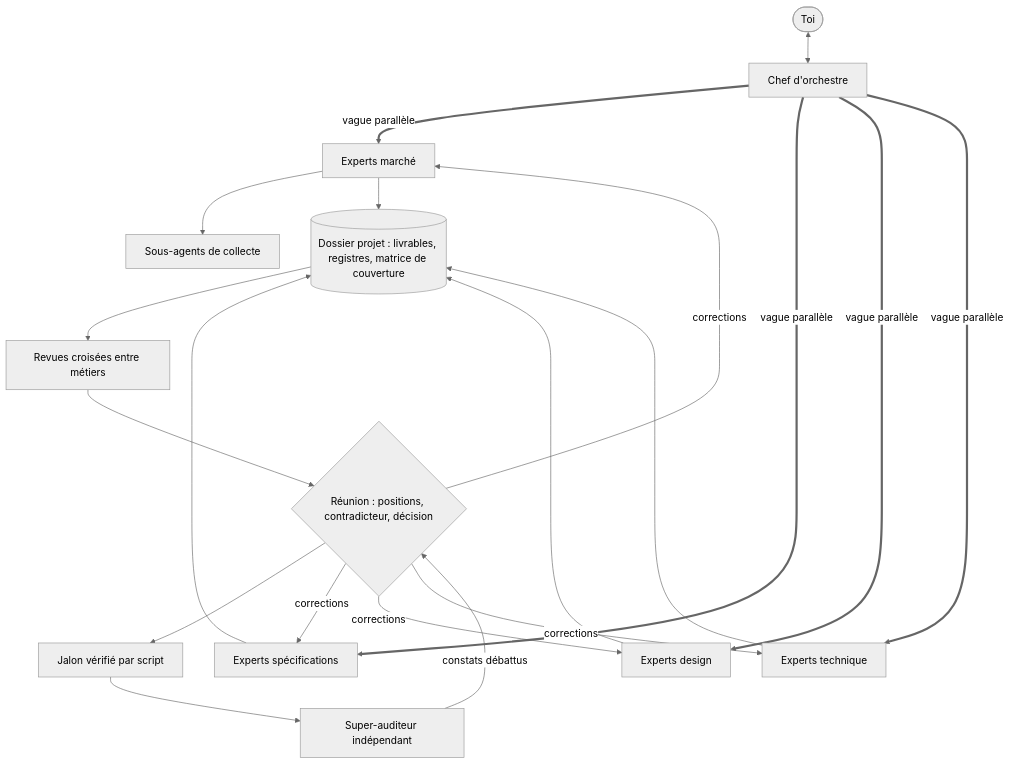
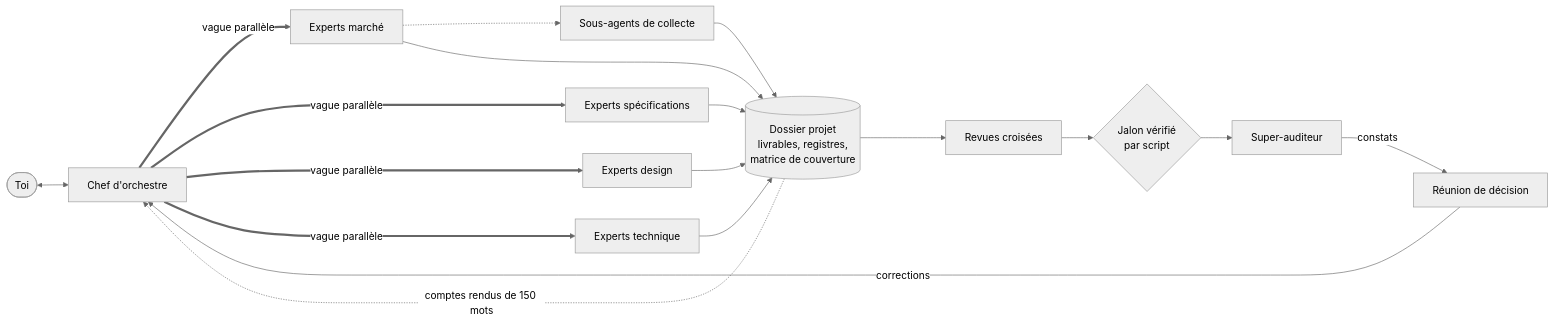
One commit to aksilsmd/cortex changed the diagram in README.md. Above: the diagram before and after it, drawn with Mermaid (neutral theme). The commit also changed other lines of this file and 31 other files, not shown here.

````diff
--- a/README.md
+++ b/README.md
@@ -104,13 +82,13 @@
 ```mermaid
-flowchart TB
-  U([Toi]) <--> N[Chef d'orchestre]
-  N ==vague parallèle==> A1[Experts marché] & A2[Experts spécifications] & A3[Experts design] & A4[Experts technique]
-  A1 --> S[Sous-agents de collecte]
-  A1 & A2 & A3 & A4 --> D[(Dossier projet : livrables, registres, matrice de couverture)]
-  D --> R[Revues croisées entre métiers]
-  R --> M{Réunion : positions, contradicteur, décision}
-  M --> G[Jalon vérifié par script]
-  G --> AU[Super-auditeur indépendant]
-  AU -->|constats débattus| M
-  M -->|corrections| A1 & A2 & A3 & A4
+flowchart LR
+  U([Toi]) <--> C[Chef d'orchestre]
+  C ==>|vague parallèle| A1[Experts marché] & A2[Experts spécifications] & A3[Experts design] & A4[Experts technique]
+  A1 -.-> S[Sous-agents de collecte]
+  A1 & A2 & A3 & A4 & S --> D[(Dossier projet<br/>livrables, registres,<br/>matrice de couverture)]
+  D --> R[Revues croisées]
+  R --> J{Jalon vérifié<br/>par script}
+  J --> AU[Super-auditeur]
+  AU -->|constats| M[Réunion de décision]
+  M -->|corrections| C
+  D -.->|comptes rendus de 150 mots| C
 ```
````
